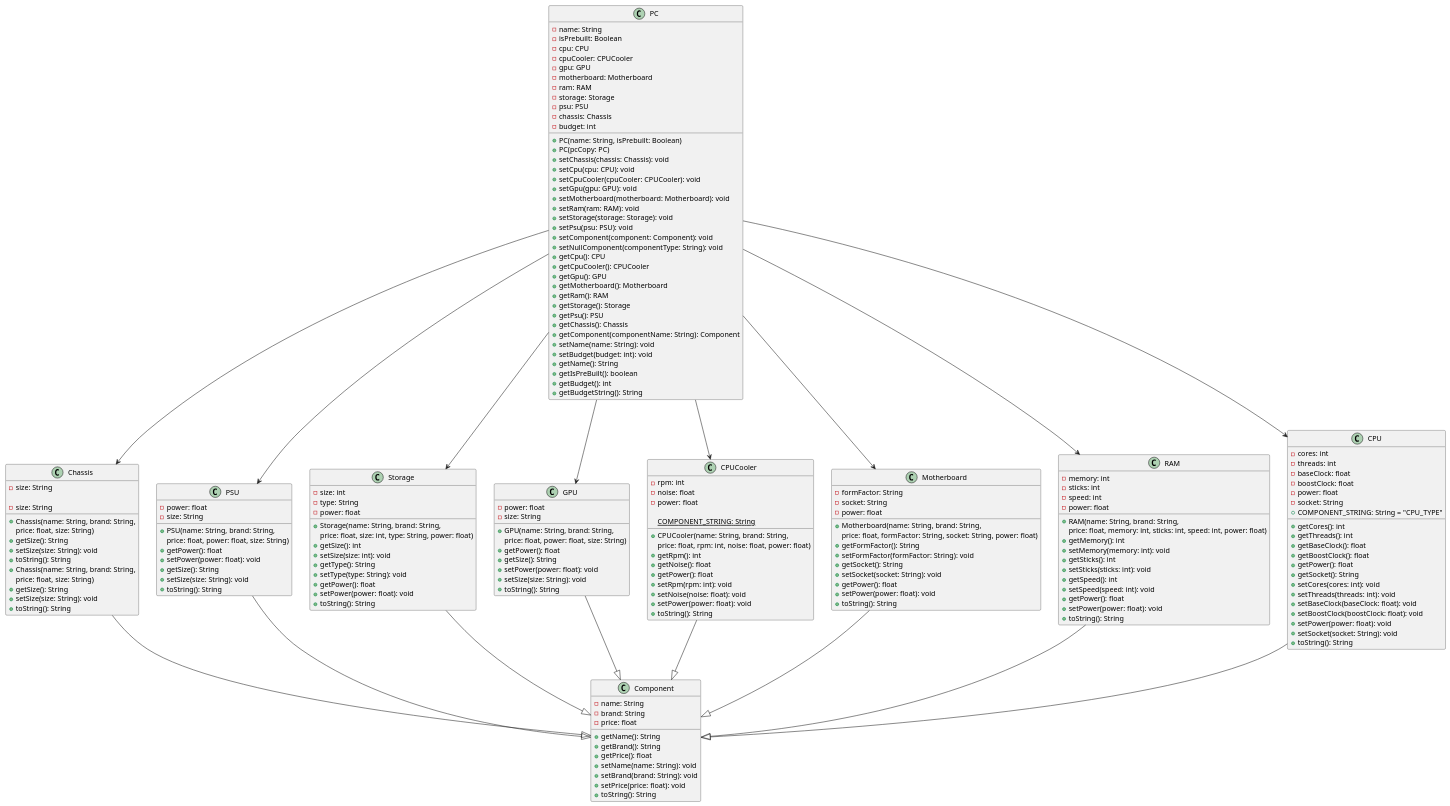
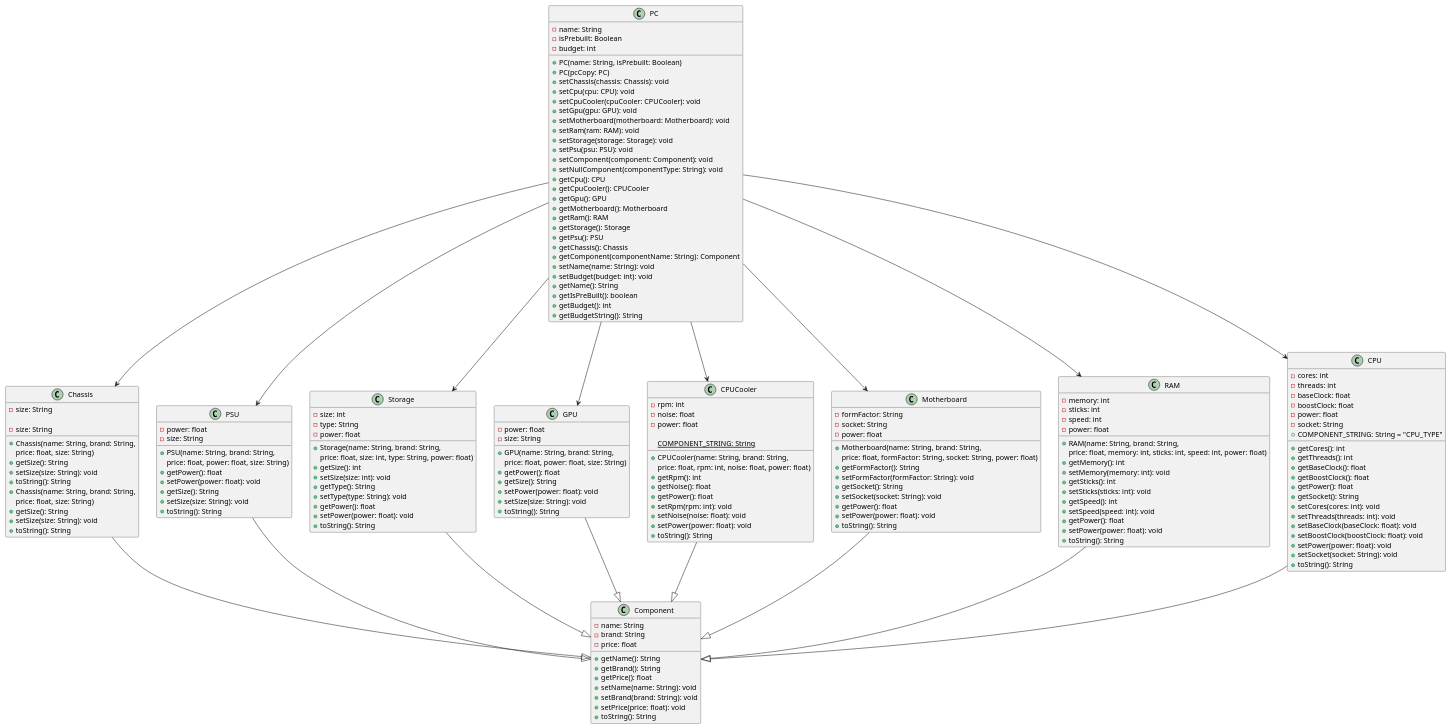
One commit to typingpanda/tp changed the diagram in docs/uml-source/PcDiagram.puml. Above: the diagram before and after it, drawn with PlantUML. The commit also changed 1 other file, not shown here.

Commit message:
Update UML diagram for PC class

```diff
--- a/docs/uml-source/PcDiagram.puml
+++ b/docs/uml-source/PcDiagram.puml
@@ -4,14 +4,6 @@
 class PC {
     - name: String
     - isPrebuilt: Boolean
-    - cpu: CPU
-    - cpuCooler: CPUCooler
-    - gpu: GPU
-    - motherboard: Motherboard
-    - ram: RAM
-    - storage: Storage
-    - psu: PSU
-    - chassis: Chassis
     - budget: int
     + PC(name: String, isPrebuilt: Boolean)
     + PC(pcCopy: PC)
```
